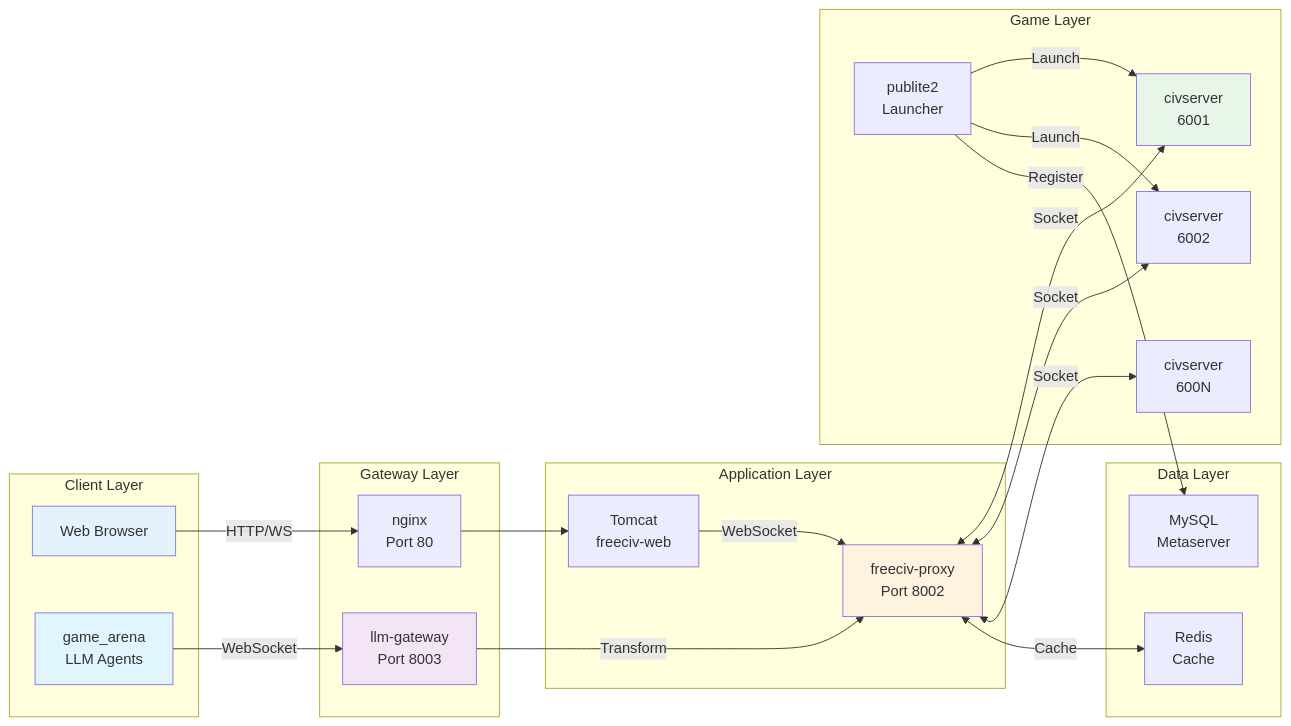
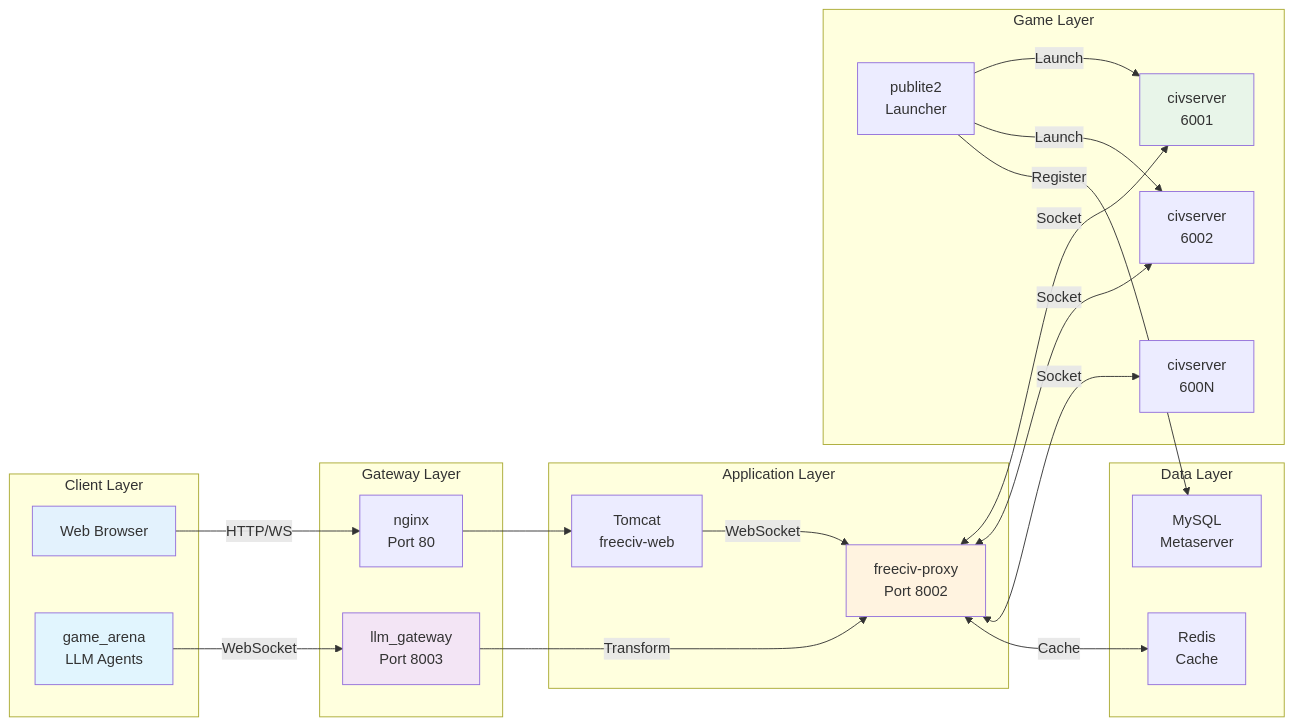
The diagram in README.md (taso-labs/freeciv3d), drawn with Mermaid before and after one commit. The commit also changed other lines of this file and 35 other files, not shown here.

Commit message:
llm: Rename llm-gateway to llm_gateway; update tests and package imports

````diff
--- a/README.md
+++ b/README.md
@@ -57,52 +57,52 @@
 ```mermaid
 graph LR
     subgraph "Client Layer"
         B[Web Browser]
         A[game_arena<br/>LLM Agents]
     end
 
     subgraph "Gateway Layer"
         N[nginx<br/>Port 80]
-        G[llm-gateway<br/>Port 8003]
+        G[llm_gateway<br/>Port 8003]
     end
 
     subgraph "Application Layer"
         T[Tomcat<br/>freeciv-web]
         P[freeciv-proxy<br/>Port 8002]
     end
 
     subgraph "Game Layer"
         L[publite2<br/>Launcher]
         S1[civserver<br/>6001]
         S2[civserver<br/>6002]
         SN[civserver<br/>600N]
     end
 
     subgraph "Data Layer"
         M[MySQL<br/>Metaserver]
         R[Redis<br/>Cache]
     end
 
     B -->|HTTP/WS| N
     N --> T
     T -->|WebSocket| P
 
     A -->|WebSocket| G
     G -->|Transform| P
 
     P <-->|Socket| S1
     P <-->|Socket| S2
     P <-->|Socket| SN
 
     L -->|Launch| S1
     L -->|Launch| S2
     L -->|Register| M
 
     P <-->|Cache| R
 
     style B fill:#e3f2fd
     style A fill:#e1f5fe
     style G fill:#f3e5f5
     style P fill:#fff3e0
     style S1 fill:#e8f5e9
 ```
````
